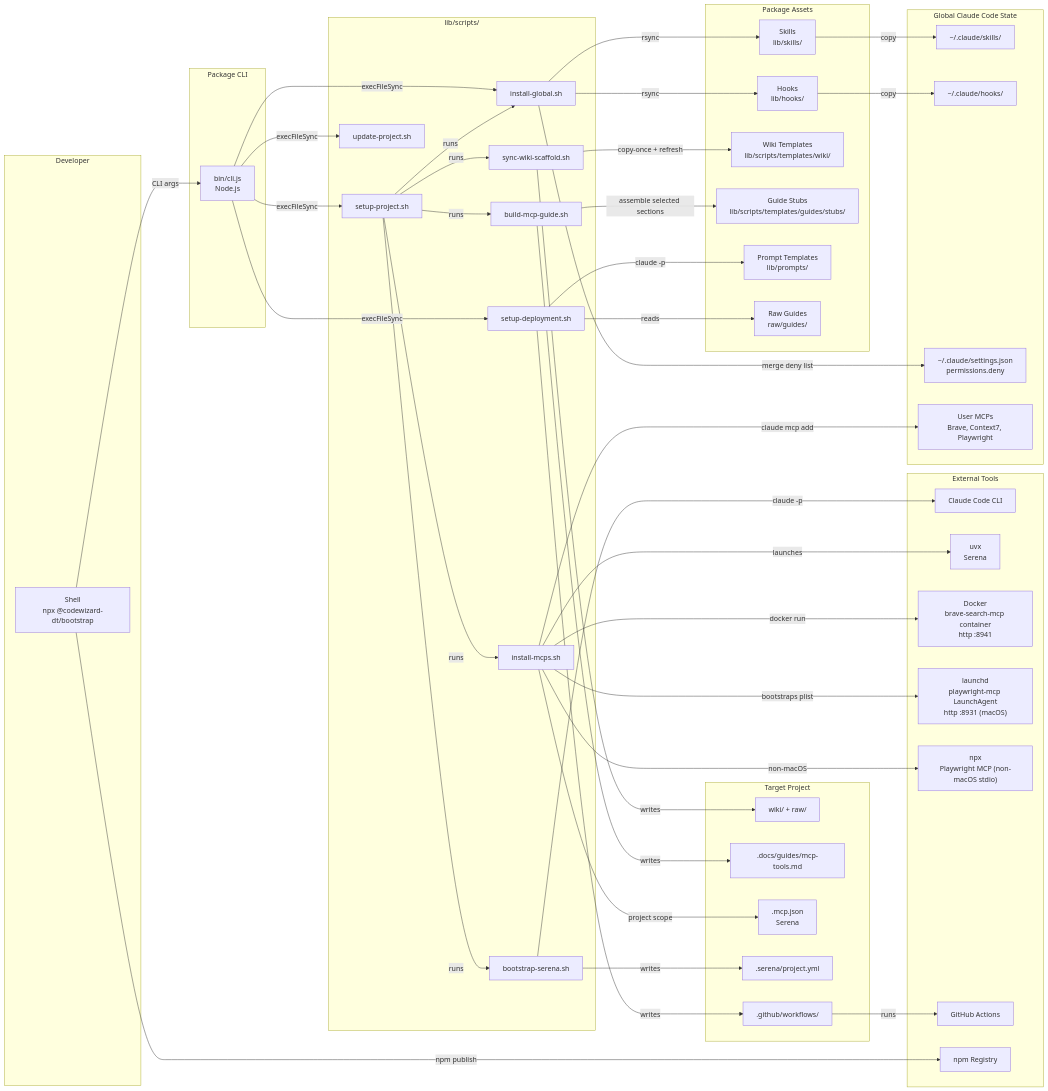
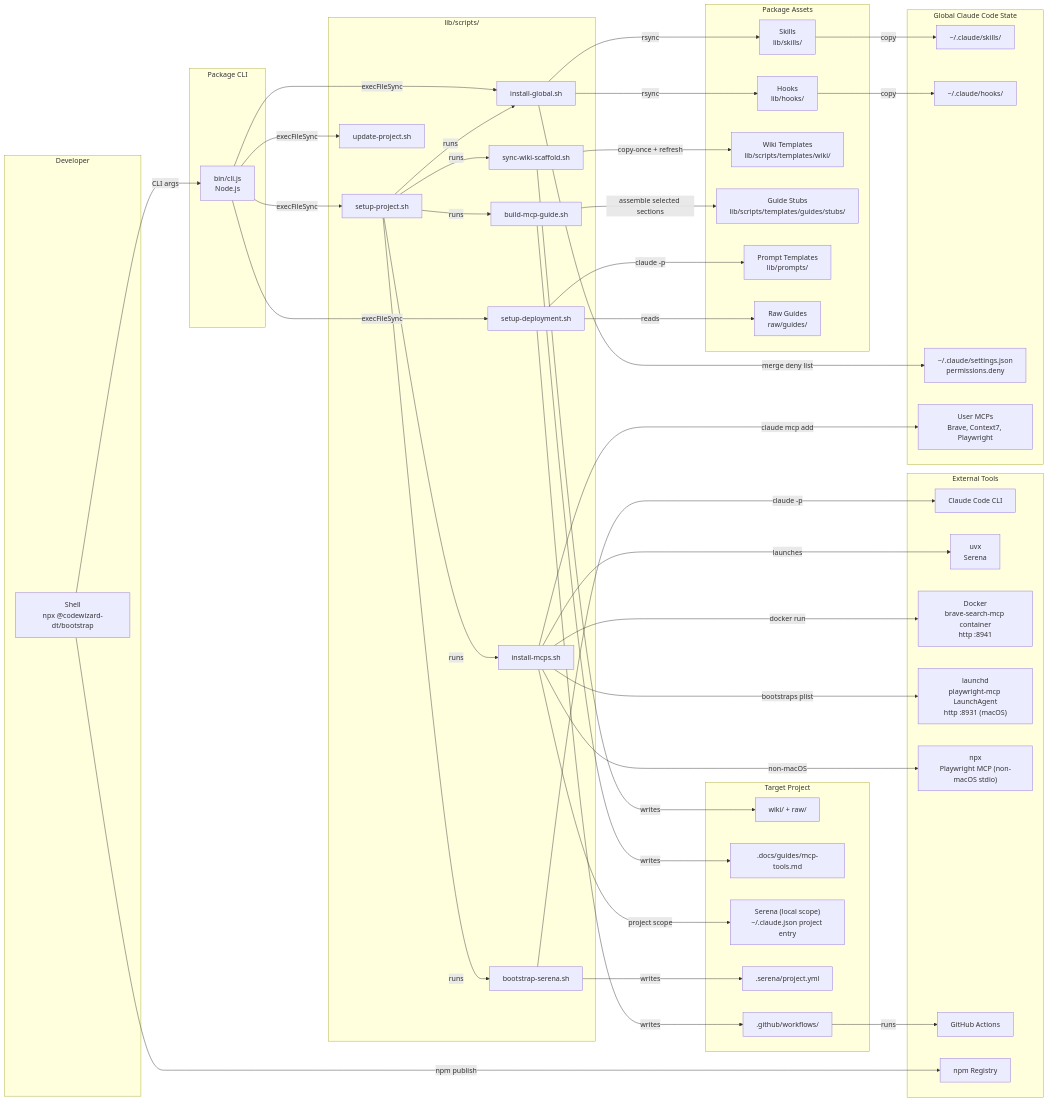
One commit to codewizard-dt/bootstrap-claude changed the first of 3 diagrams in README.md. Above: the diagram before and after it, drawn with Mermaid. The commit also changed other lines of this file and 11 other files, not shown here.

Commit message:
[patch] Register playwright as 'playwright-shared' (coexists with team .mcp.json entries), serena at local scope (~/.claude.json, not repo .mcp.json), consented migrations, hasSerena local-scope detection

```diff
--- a/README.md
+++ b/README.md
@@ -136,7 +136,7 @@
   subgraph Target ["Target Project"]
     WIKI_DIR["wiki/ + raw/"]
     DOCS[".docs/guides/mcp-tools.md"]
-    MCP_JSON[".mcp.json<br/>Serena"]
+    MCP_JSON["Serena (local scope)<br/>~/.claude.json project entry"]
     SERENA_CFG[".serena/project.yml"]
     WORKFLOWS[".github/workflows/"]
   end
```
